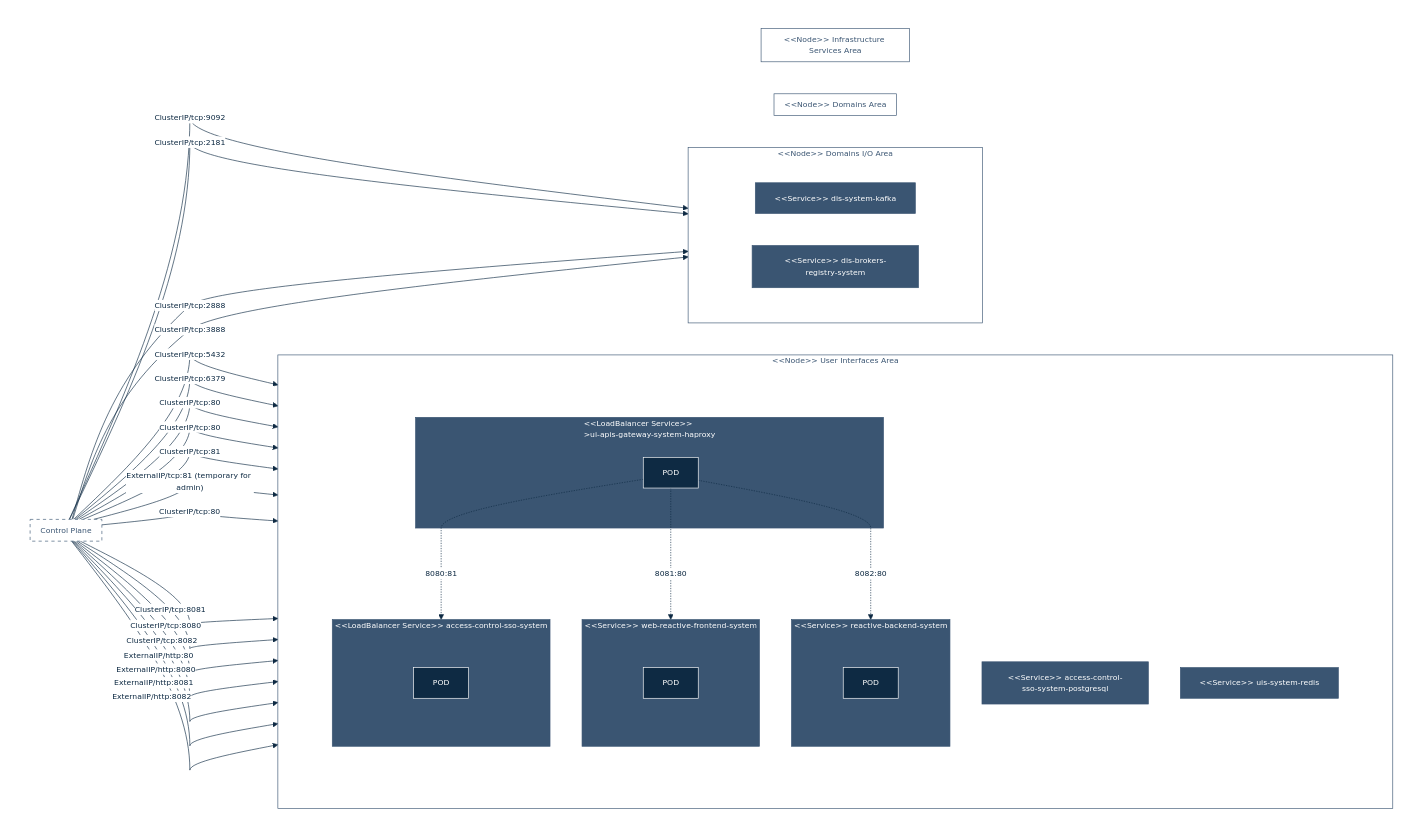
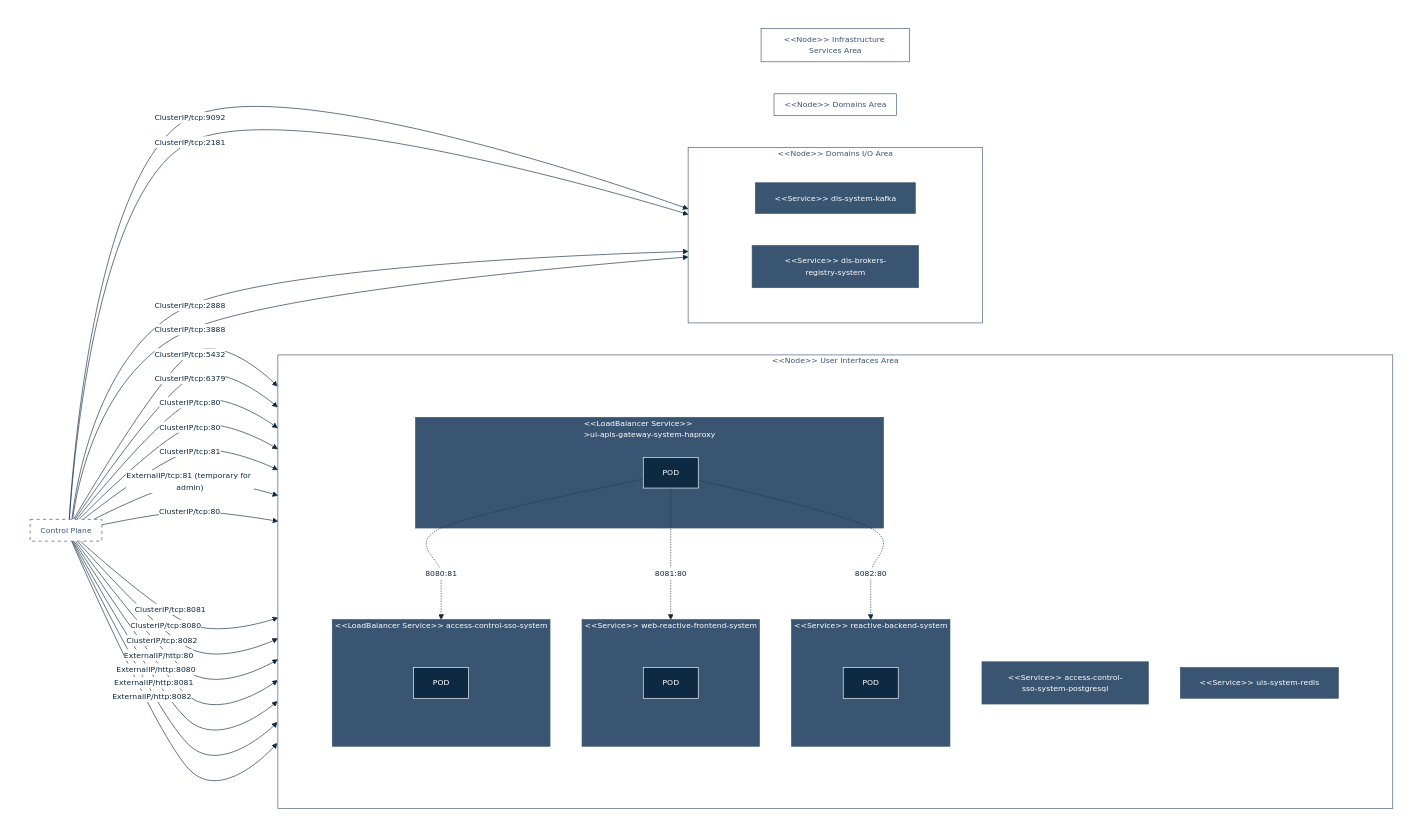
The diagram in implementations-line/systems/README.md (cybnity/foundation), drawn with Mermaid before and after one commit.

```diff
--- a/implementations-line/systems/README.md
+++ b/implementations-line/systems/README.md
@@ -95,7 +95,7 @@
         'noteTextColor': '#fff',
         'noteBorderColor': '#fff'
     },
-    'flowchart': { 'curve': 'monotoneY' }
+    'flowchart': { 'curve': 'cardinal' }
   }
 }%%
 flowchart LR
```
